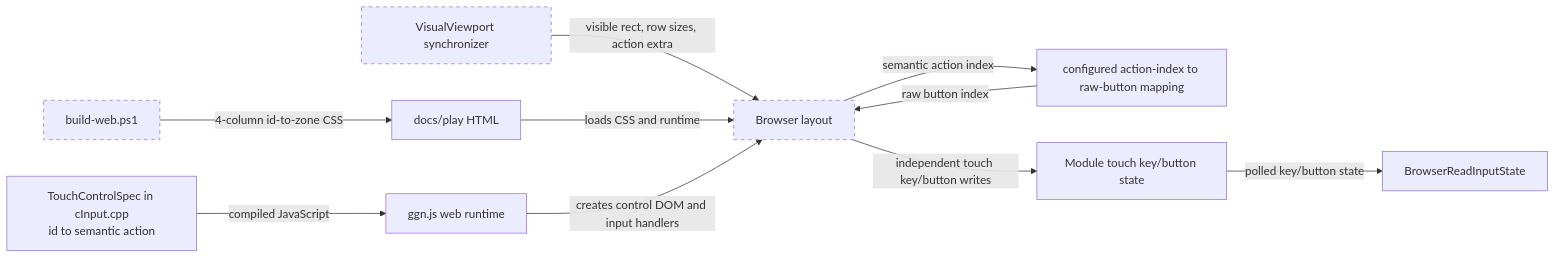
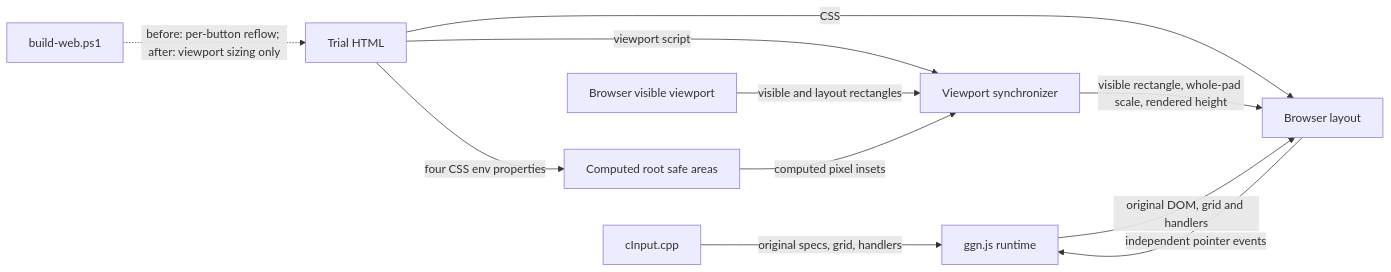
The first of 5 diagrams in docs/design/portrait-visual-viewport-fit/design.md (shiromac/gensoukyougensounikki), drawn with Mermaid before and after one commit. The commit also changed other lines of this file and 5 other files, not shown here.

Commit message:
fix: restore authored two-pad touch layout

````diff
--- a/docs/design/portrait-visual-viewport-fit/design.md
+++ b/docs/design/portrait-visual-viewport-fit/design.md
@@ -108,14 +75,13 @@
 ```mermaid
 flowchart LR
-    Spec[TouchControlSpec in cInput.cpp\nid to semantic action] -- "compiled JavaScript" --> Runtime[ggn.js web runtime]
-    Generator[build-web.ps1] -- "4-column id-to-zone CSS" --> Pages[docs/play HTML]
-    Viewport[VisualViewport synchronizer] -- "visible rect, row sizes, action extra" --> Browser[Browser layout]
-    Pages -- "loads CSS and runtime" --> Browser
-    Runtime -- "creates control DOM and input handlers" --> Browser
-    Browser -- "semantic action index" --> Mapping[configured action-index to raw-button mapping]
-    Mapping -- "raw button index" --> Browser
-    Browser -- "independent touch key/button writes" --> ModuleState[Module touch key/button state]
-    ModuleState -- "polled key/button state" --> GameInput[BrowserReadInputState]
-    classDef changed stroke-dasharray: 5 5
-    class Generator,Viewport,Browser changed
+    Source[cInput.cpp] -- "original specs, grid, handlers" --> Runtime[ggn.js runtime]
+    Generator[build-web.ps1] -. "before: per-button reflow; after: viewport sizing only" .-> Pages[Trial HTML]
+    Pages -- "CSS" --> Layout[Browser layout]
+    Pages -- "viewport script" --> Sync[Viewport synchronizer]
+    Pages -- "four CSS env properties" --> SafeAreas[Computed root safe areas]
+    Viewport[Browser visible viewport] -- "visible and layout rectangles" --> Sync
+    SafeAreas -- "computed pixel insets" --> Sync
+    Sync -- "visible rectangle, whole-pad scale, rendered height" --> Layout
+    Runtime -- "original DOM, grid and handlers" --> Layout
+    Layout -- "independent pointer events" --> Runtime
 ```
````
